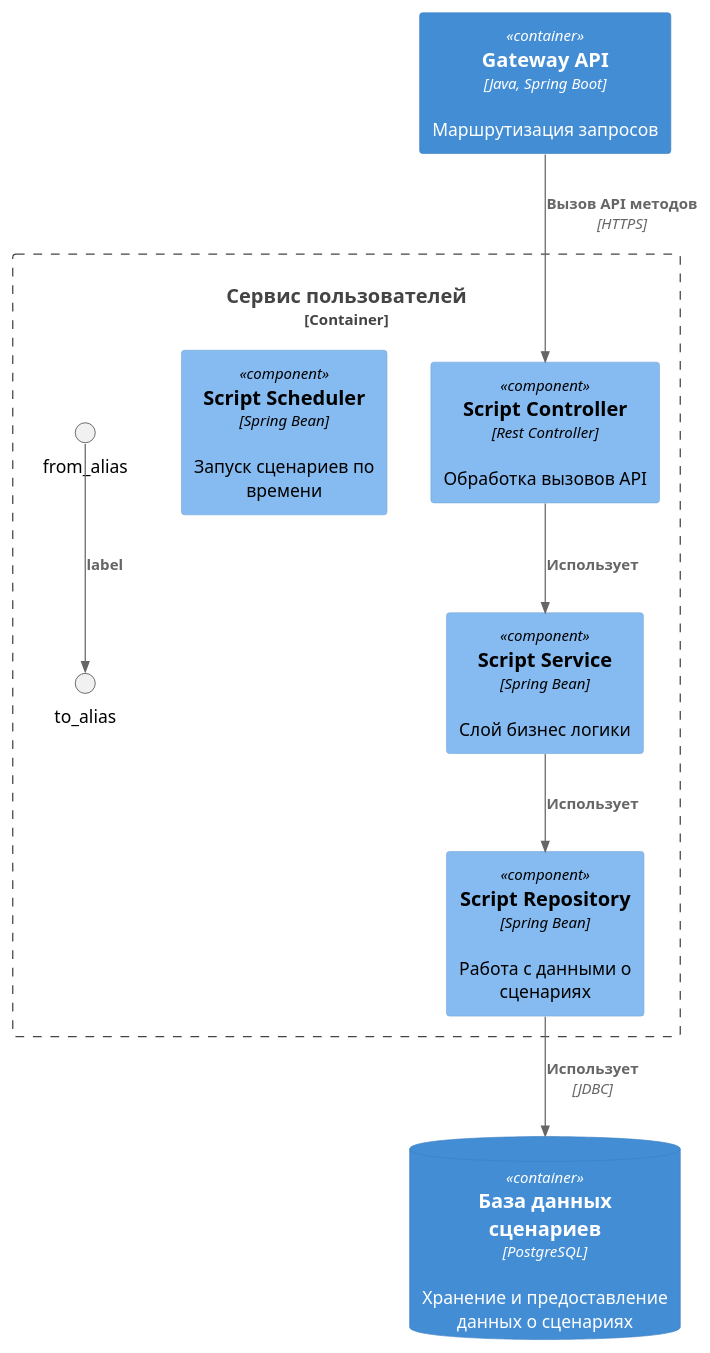
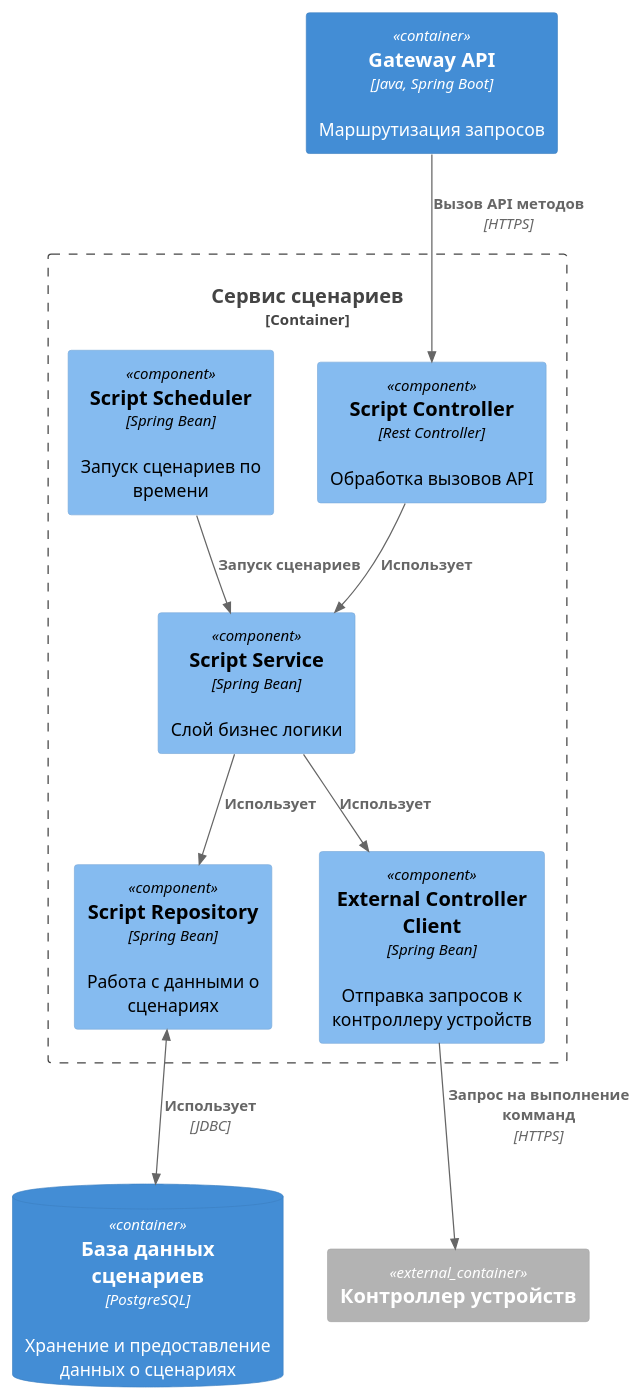
One commit to EvgenyMaklakov/architecture-sprint-3 changed the diagram in docs/component-diag/script-service-component-diag.puml. Above: the diagram before and after it, drawn with PlantUML. The commit also changed 6 other files, not shown here.

```diff
--- a/docs/component-diag/script-service-component-diag.puml
+++ b/docs/component-diag/script-service-component-diag.puml
@@ -1,22 +1,25 @@
 @startuml "warmhouse"
-!include https://raw.githubusercontent.com/plantuml-stdlib/C4-PlantUML/master/C4_Component.puml
+!include ../C4_Component.puml
 
 Container(gateway, "Gateway API", "Java, Spring Boot", "Маршрутизация запросов")
 ContainerDb(dbUsers, "База данных сценариев", "PostgreSQL", "Хранение и предоставление данных о сценариях")
+Container_Ext(controllerDevicesExternal, "Контроллер устройств")
 
-
-Container_Boundary(scriptServiceCont, "Сервис пользователей") {
+Container_Boundary(scriptServiceCont, "Сервис сценариев") {
     Component(scriptController, "Script Controller", "Rest Controller", "Обработка вызовов API")
     Component(scriptService, "Script Service", "Spring Bean", "Слой бизнес логики")
     Component(scriptScheduler, "Script Scheduler", "Spring Bean", "Запуск сценариев по времени")
     Component(scriptRepository, "Script Repository", "Spring Bean", "Работа с данными о сценариях")
+    Component(extControllerClient, "External Controller Client", "Spring Bean", "Отправка запросов к контроллеру устройств")
 
     Rel(scriptController, scriptService, "Использует")
     Rel(scriptService, scriptRepository, "Использует")
-    Rel(from_alias, to_alias, "label")
+    Rel(scriptService, extControllerClient, "Использует")
+    Rel(scriptScheduler, scriptService, "Запуск сценариев")
 }
 
 Rel(gateway, scriptController, "Вызов API методов", "HTTPS")
-Rel(scriptRepository, dbUsers, "Использует", "JDBC")
+Rel(extControllerClient, controllerDevicesExternal, "Запрос на выполнение комманд", "HTTPS")
+BiRel(scriptRepository, dbUsers, "Использует", "JDBC")
 
 @enduml
```
